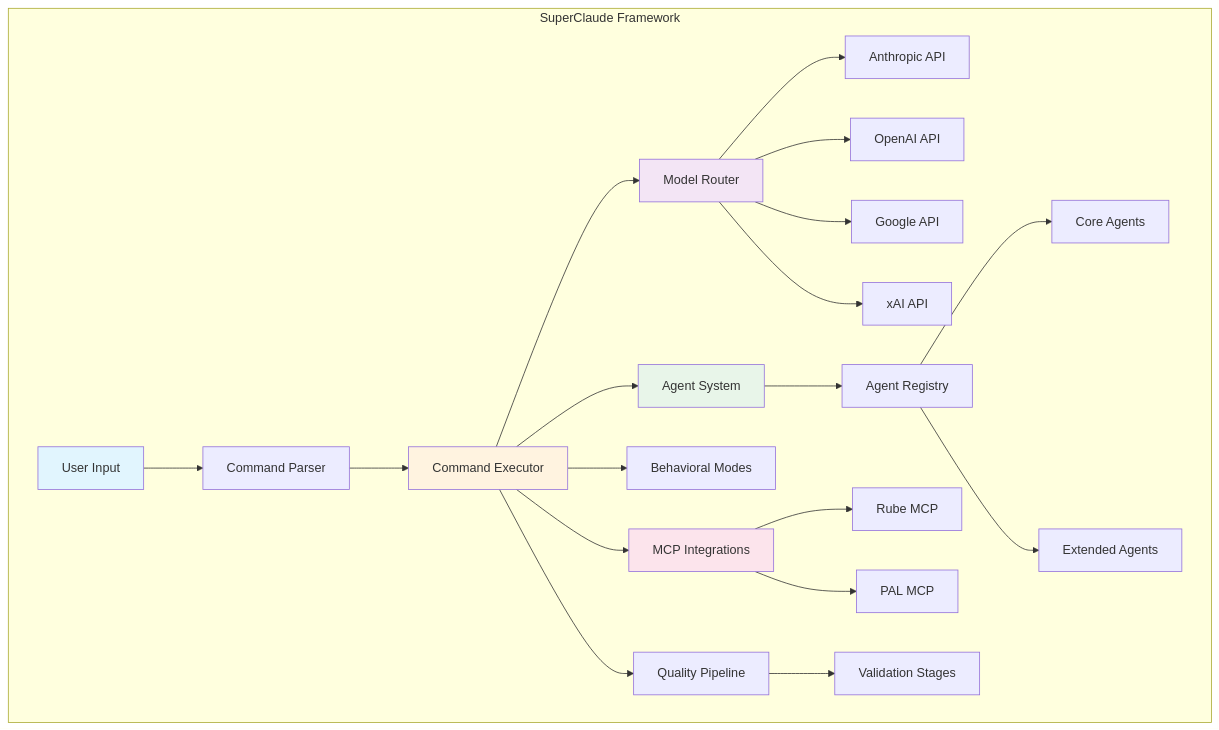
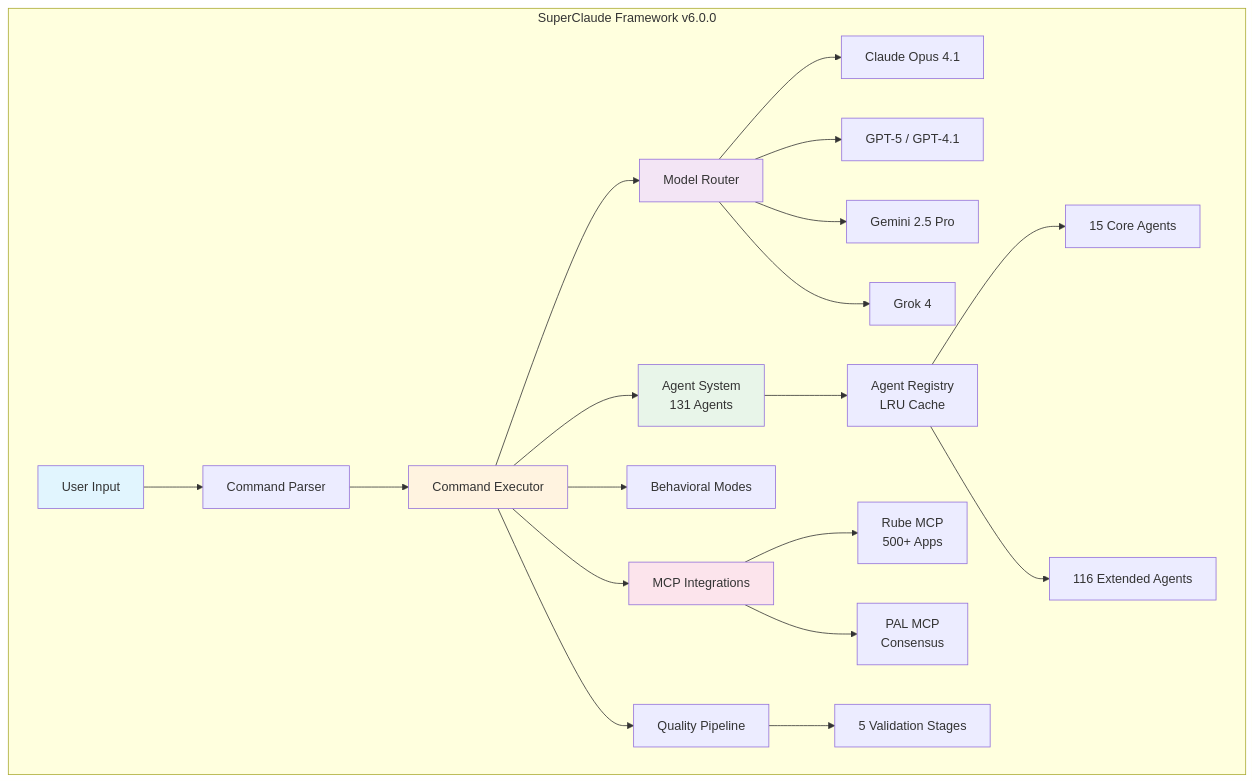
The first of 15 diagrams in README.md (Tony363/SuperClaude), drawn with Mermaid before and after one commit. The commit also changed other lines of this file and 10 other files, not shown here.

First line of the commit message:
feat: simplify to Python 3.10, add PAL MCP review, update README

````diff
--- a/README.md
+++ b/README.md
@@ -40,33 +48,33 @@
 ```mermaid
 graph TB
-    subgraph "SuperClaude Framework"
+    subgraph "SuperClaude Framework v6.0.0"
         User[User Input] --> Parser[Command Parser]
         Parser --> Executor[Command Executor]
 
         Executor --> Router[Model Router]
-        Executor --> Agents[Agent System]
+        Executor --> Agents[Agent System<br/>131 Agents]
         Executor --> Modes[Behavioral Modes]
 
-        Router --> Anthropic[Anthropic API]
-        Router --> OpenAI[OpenAI API]
-        Router --> Google[Google API]
-        Router --> xAI[xAI API]
+        Router --> Anthropic[Claude Opus 4.1]
+        Router --> OpenAI[GPT-5 / GPT-4.1]
+        Router --> Google[Gemini 2.5 Pro]
+        Router --> xAI[Grok 4]
 
-        Agents --> Registry[Agent Registry]
-        Registry --> CoreAgents[Core Agents]
-        Registry --> ExtendedAgents[Extended Agents]
+        Agents --> Registry[Agent Registry<br/>LRU Cache]
+        Registry --> CoreAgents[15 Core Agents]
+        Registry --> ExtendedAgents[116 Extended Agents]
 
         Executor --> MCP[MCP Integrations]
-        MCP --> Rube[Rube MCP]
-        MCP --> PAL[PAL MCP]
+        MCP --> Rube[Rube MCP<br/>500+ Apps]
+        MCP --> PAL[PAL MCP<br/>Consensus]
 
         Executor --> Quality[Quality Pipeline]
-        Quality --> Validation[Validation Stages]
+        Quality --> Validation[5 Validation Stages]
     end
 
     style User fill:#e1f5fe
     style Executor fill:#fff3e0
     style Router fill:#f3e5f5
     style Agents fill:#e8f5e9
     style MCP fill:#fce4ec
 ```
````
